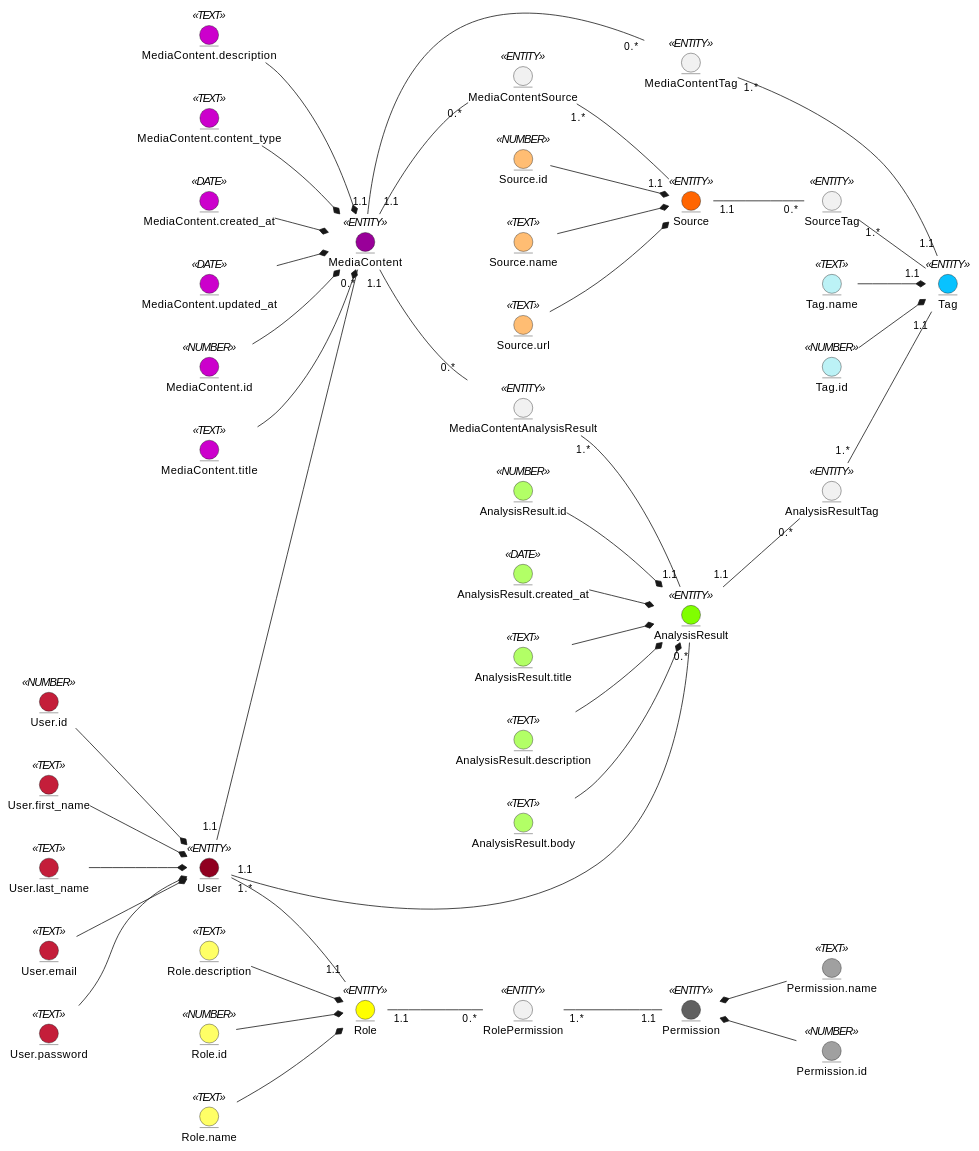
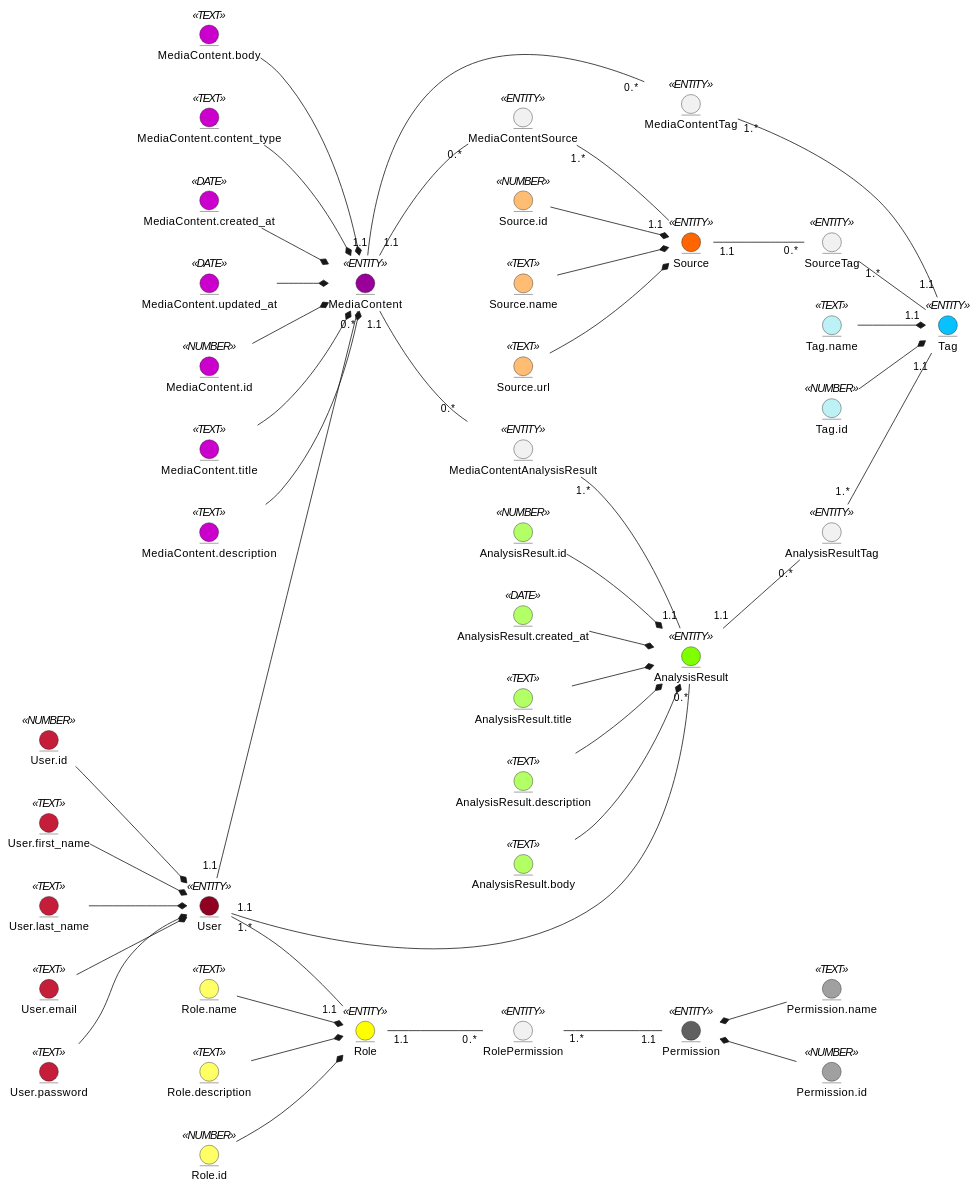
Before and after one commit to semenyaka08/media-content-api: the diagram in docs/design/README.md, drawn with PlantUML. The commit also changed other lines of this file, not shown here.

Commit message:
Add body column to MediaContent entity

```diff
--- a/docs/design/README.md
+++ b/docs/design/README.md
@@ -25,6 +25,7 @@
 entity MediaContent.id <<NUMBER>> #CC00CC
 entity MediaContent.title <<TEXT>> #CC00CC
 entity MediaContent.description <<TEXT>> #CC00CC
+entity MediaContent.body <<TEXT>> #CC00CC
 entity MediaContent.content_type <<TEXT>> #CC00CC
 entity MediaContent.created_at <<DATE>> #CC00CC
 entity MediaContent.updated_at <<DATE>> #CC00CC
@@ -32,6 +33,7 @@
 MediaContent.id --* MediaContent
 MediaContent.title --* MediaContent
 MediaContent.description --* MediaContent
+MediaContent.body --* MediaContent
 MediaContent.content_type --* MediaContent
 MediaContent.created_at --* MediaContent
 MediaContent.updated_at --* MediaContent
```
